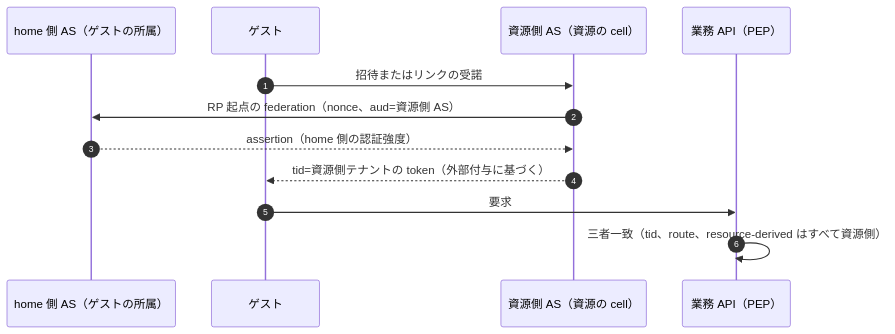
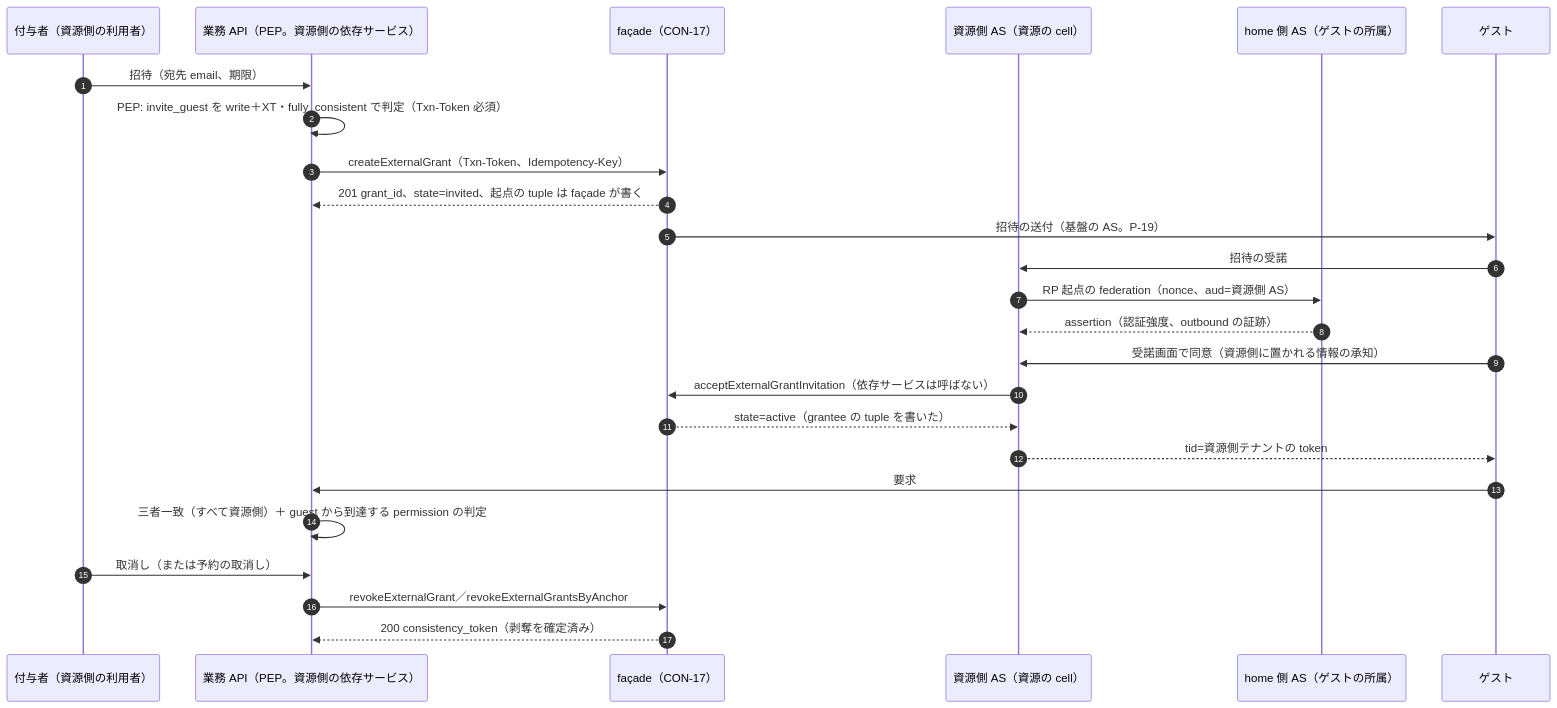
One commit to Takenori-Kusaka/auth-stack changed diagram 17 of 28 in 10_integration/integration-patterns.md. Above: the diagram before and after it, drawn with Mermaid. The commit also changed other lines of this file and 68 other files, not shown here.

````diff
--- a/10_integration/integration-patterns.md
+++ b/10_integration/integration-patterns.md
@@ -1040,14 +1064,27 @@
 ```mermaid
 sequenceDiagram
   autonumber
+  participant O as 付与者（資源側の利用者）
+  participant S as 業務 API（PEP。資源側の依存サービス）
+  participant F as façade（CON-17）
+  participant R as 資源側 AS（資源の cell）
   participant H as home 側 AS（ゲストの所属）
   participant G as ゲスト
-  participant R as 資源側 AS（資源の cell）
-  participant S as 業務 API（PEP）
-  G->>R: 招待またはリンクの受諾
+  O->>S: 招待（宛先 email、期限）
+  S->>S: PEP: invite_guest を write＋XT・fully_consistent で判定（Txn-Token 必須）
+  S->>F: createExternalGrant（Txn-Token、Idempotency-Key）
+  F-->>S: 201 grant_id、state=invited、起点の tuple は façade が書く
+  F->>G: 招待の送付（基盤の AS。P-19）
+  G->>R: 招待の受諾
   R->>H: RP 起点の federation（nonce、aud=資源側 AS）
-  H-->>R: assertion（home 側の認証強度）
-  R-->>G: tid=資源側テナントの token（外部付与に基づく）
+  H-->>R: assertion（認証強度、outbound の証跡）
+  G->>R: 受諾画面で同意（資源側に置かれる情報の承知）
+  R->>F: acceptExternalGrantInvitation（依存サービスは呼ばない）
+  F-->>R: state=active（grantee の tuple を書いた）
+  R-->>G: tid=資源側テナントの token
   G->>S: 要求
-  S->>S: 三者一致（tid、route、resource-derived はすべて資源側）
+  S->>S: 三者一致（すべて資源側）＋ guest から到達する permission の判定
+  O->>S: 取消し（または予約の取消し）
+  S->>F: revokeExternalGrant／revokeExternalGrantsByAnchor
+  F-->>S: 200 consistency_token（剥奪を確定済み）
 ```
````
